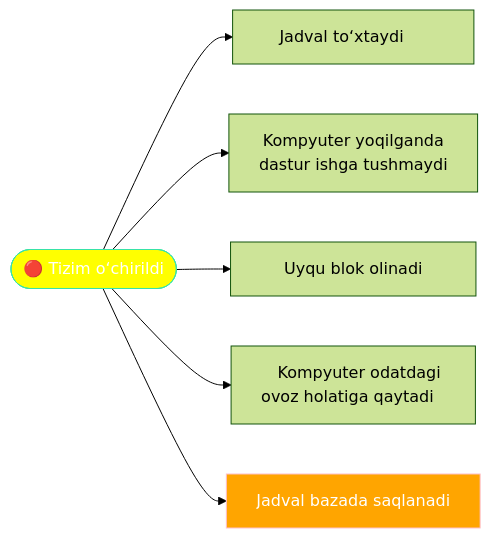
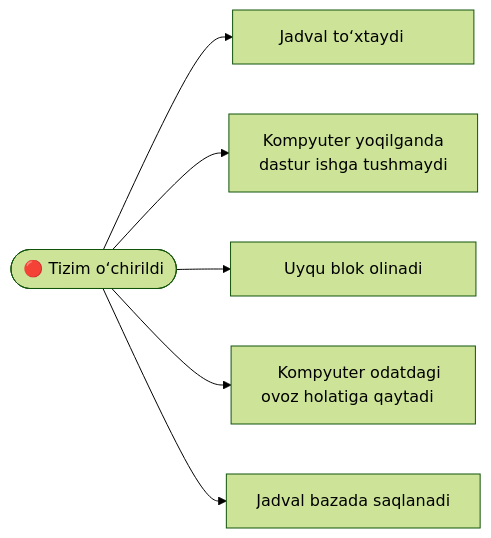
Before and after one commit to mr-ikromov/school_bell_system: the fourth of 4 diagrams in README.md, drawn with Mermaid (forest theme).

````diff
--- a/README.md
+++ b/README.md
@@ -129,11 +129,9 @@
 ```mermaid
 %%{init: {'flowchart': {'wrappingWidth': 600}}}%%
 flowchart LR
     O(["🔴 Tizim o‘chirildi"]) --> A["⠀    Jadval to‘xtaydi⠀ ⠀⠀"]
     O --> B["Kompyuter yoqilganda<br/>dastur ishga tushmaydi"]
     O --> C["⠀⠀Uyqu blok  olinadi⠀⠀"]
     O --> D["⠀Kompyuter odatdagi<br/>ovoz holatiga qaytadi⠀"]
     O --> E["Jadval bazada saqlanadi"]
-    style O fill:yellow, stroke:#38e2a8, stroke-width:1px,color:#fff
-    style E fill:orange, stroke:pink, color:#fff
 ```
````
